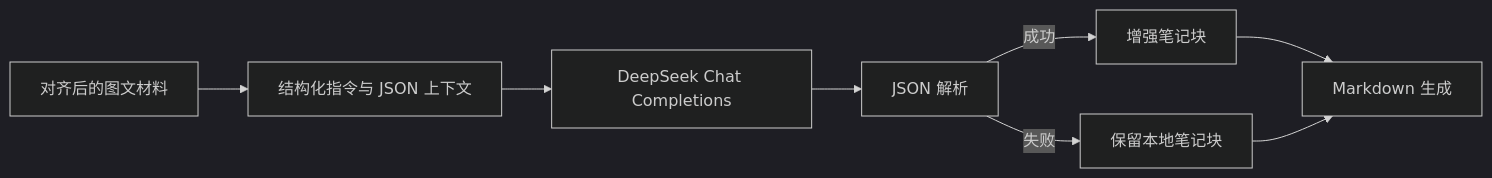
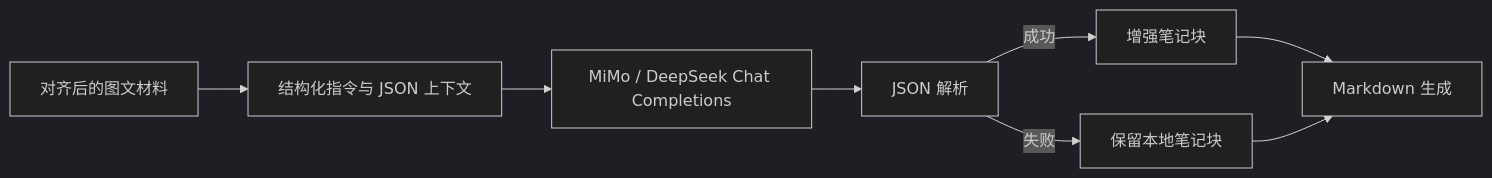
Before and after one commit to guyue356/SnapNote: the fifth of 6 diagrams in README.md, drawn with Mermaid (dark theme). The commit also changed other lines of this file and 35 other files, not shown here.

````diff
--- a/README.md
+++ b/README.md
@@ -457,10 +551,10 @@
 ```mermaid
 flowchart LR
     Material["对齐后的图文材料"] --> Prompt["结构化指令与 JSON 上下文"]
-    Prompt --> DeepSeek["DeepSeek Chat Completions"]
+    Prompt --> DeepSeek["MiMo / DeepSeek Chat Completions"]
     DeepSeek --> Parse["JSON 解析"]
     Parse -->|"成功"| Enhanced["增强笔记块"]
     Parse -->|"失败"| Fallback["保留本地笔记块"]
     Enhanced --> Export["Markdown 生成"]
     Fallback --> Export
 ```
````
